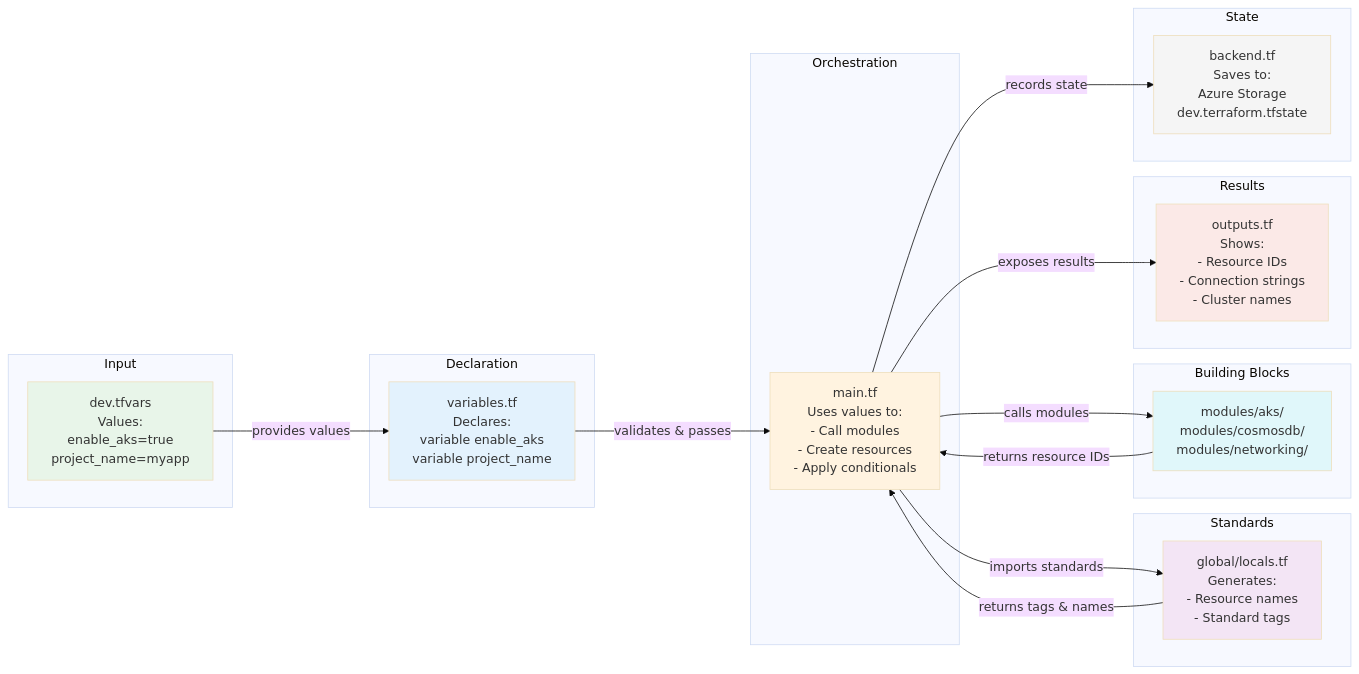
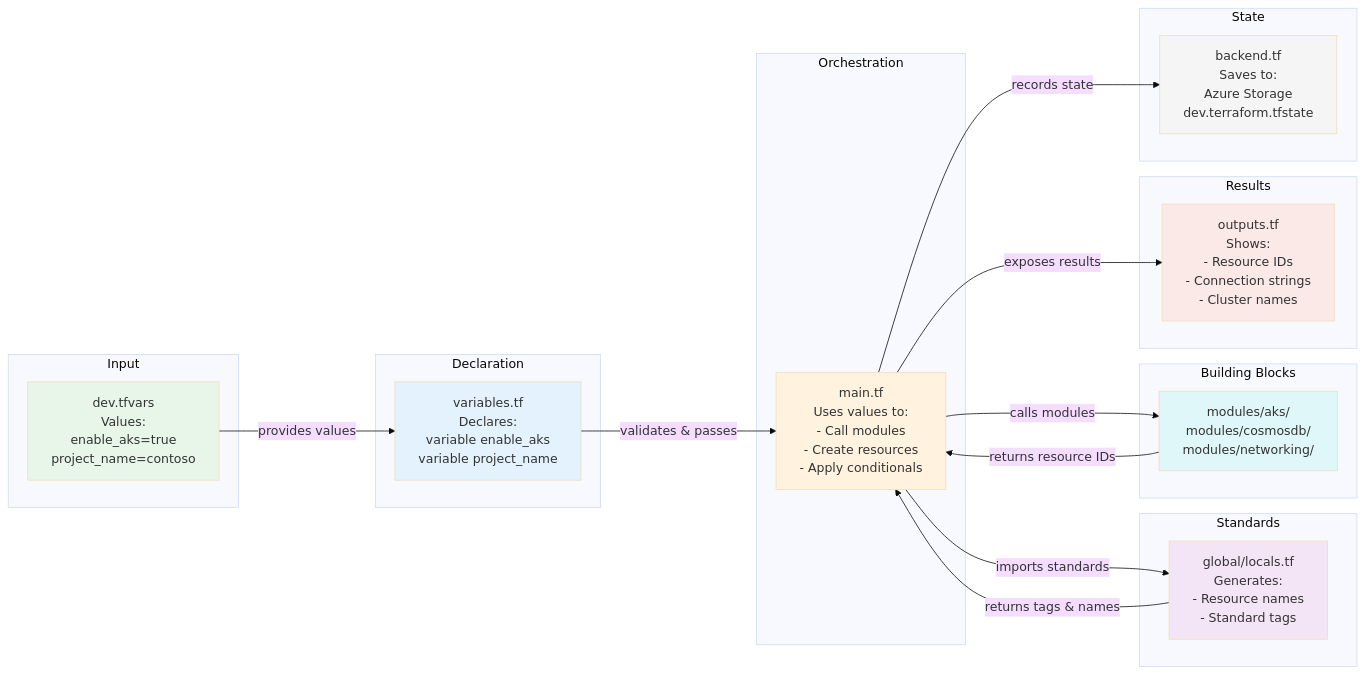
The second of 10 diagrams in docs/demo/06-DIAGRAMS.md (sandy-gunawan/demoterraform), drawn with Mermaid (base theme) before and after one commit. The commit also changed other lines of this file and 53 other files, not shown here.

````diff
--- a/docs/demo/06-DIAGRAMS.md
+++ b/docs/demo/06-DIAGRAMS.md
@@ -63,47 +63,47 @@
 ```mermaid
 flowchart LR
     subgraph "Input"
-        TFVARS[dev.tfvars<br/>Values:<br/>enable_aks=true<br/>project_name=myapp]
+        TFVARS[dev.tfvars<br/>Values:<br/>enable_aks=true<br/>project_name=contoso]
     end
 
     subgraph "Declaration"
         VARS[variables.tf<br/>Declares:<br/>variable enable_aks<br/>variable project_name]
     end
 
     subgraph "Orchestration"
         MAIN[main.tf<br/>Uses values to:<br/>- Call modules<br/>- Create resources<br/>- Apply conditionals]
     end
 
     subgraph "Standards"
         GLOBAL[global/locals.tf<br/>Generates:<br/>- Resource names<br/>- Standard tags]
     end
 
     subgraph "Building Blocks"
         MODS[modules/aks/<br/>modules/cosmosdb/<br/>modules/networking/]
     end
 
     subgraph "Results"
         OUT[outputs.tf<br/>Shows:<br/>- Resource IDs<br/>- Connection strings<br/>- Cluster names]
     end
 
     subgraph "State"
         STATE[backend.tf<br/>Saves to:<br/>Azure Storage<br/>dev.terraform.tfstate]
     end
 
     TFVARS -->|"provides values"| VARS
     VARS -->|"validates & passes"| MAIN
     MAIN -->|"imports standards"| GLOBAL
     MAIN -->|"calls modules"| MODS
     GLOBAL -->|"returns tags & names"| MAIN
     MODS -->|"returns resource IDs"| MAIN
     MAIN -->|"exposes results"| OUT
     MAIN -->|"records state"| STATE
 
     style TFVARS fill:#E8F5E9
     style VARS fill:#E3F2FD
     style MAIN fill:#FFF3E0
     style GLOBAL fill:#F3E5F5
     style MODS fill:#E0F7FA
     style OUT fill:#FBE9E7
     style STATE fill:#F5F5F5
 ```
````
